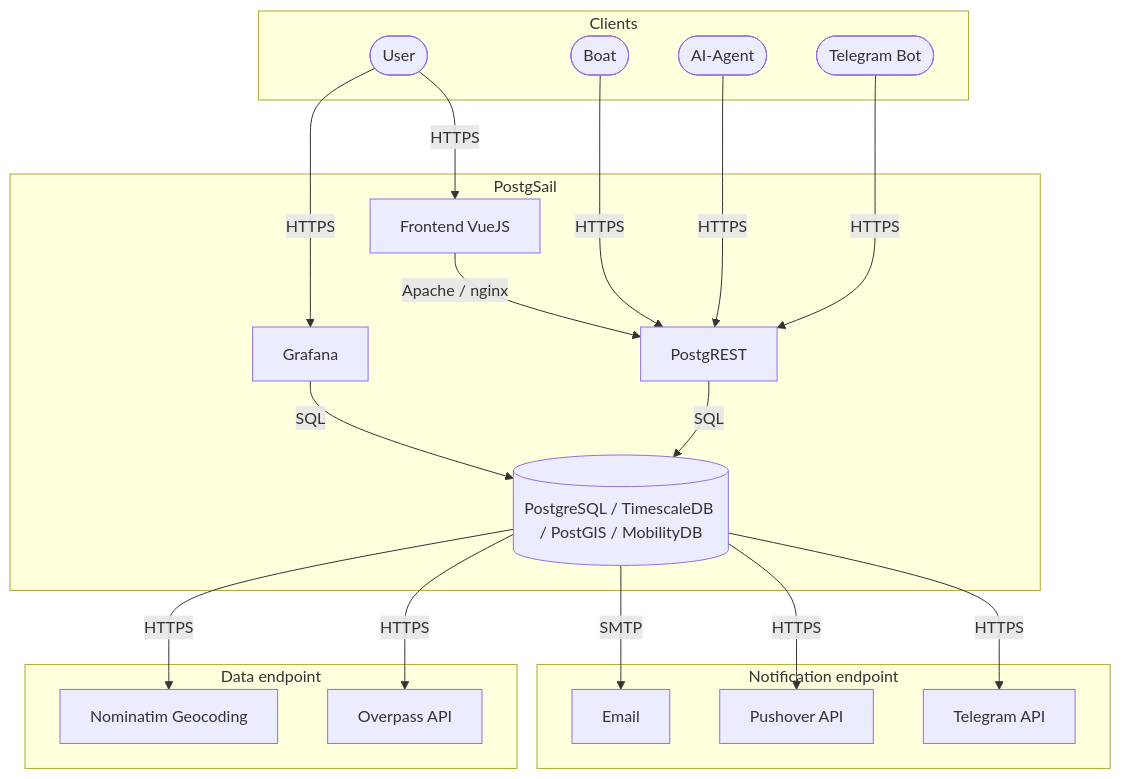
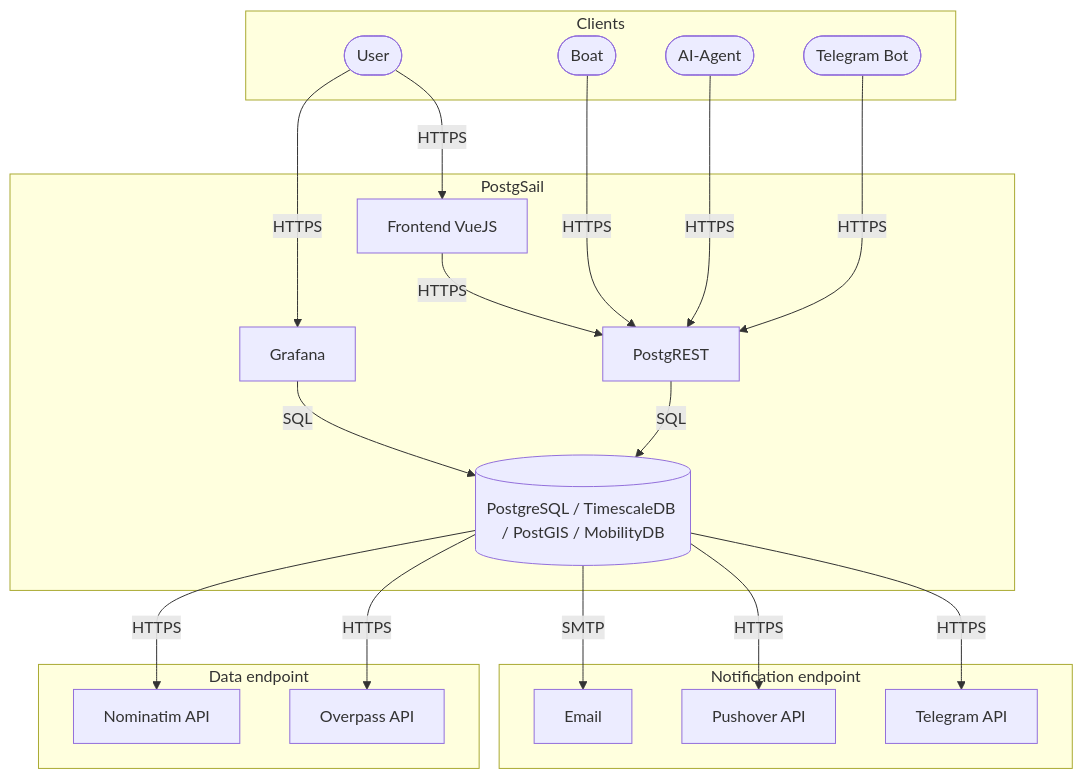
The first of 2 diagrams in docs/src/setup.md (xbgmsharp/postgsail), drawn with Mermaid before and after one commit.

Commit message:
docs Update setup diagram

````diff
--- a/docs/src/setup.md
+++ b/docs/src/setup.md
@@ -7,61 +7,62 @@
 ```mermaid
 flowchart TD
     %% User
     user([User])
 
     %% Frontend and Auth
     user -->|HTTPS| frontend[Frontend VueJS]
     user -->|HTTPS| grafana[Grafana]
 
     %% Web Server Layer
-    frontend -->|Apache / nginx| postgrest[PostgREST]
+    frontend -->|HTTPS| postgrest[PostgREST]
 
     %% Database
     postgrest --> |SQL|postgres[(PostgreSQL / TimescaleDB / PostGIS / MobilityDB)]
     grafana --> |SQL|postgres
 
     %% External System
     postgres -->|HTTPS|telegram[Telegram API]
     postgres -->|HTTPS|pushover[Pushover API]
     postgres -->|SMTP|email[Email]
     postgres -->|HTTPS|overpass[Overpass API]
-    postgres -->|HTTPS|nominatim[Nominatim Geocoding]
+    postgres -->|HTTPS|nominatim[Nominatim API]
 
     %% Boat (External Client)
     vessel([Boat])
     vessel -->|HTTPS| postgrest
 
     %% MCP (External Client)
     mcp([AI-Agent])
     mcp -->|HTTPS| postgrest
 
     %% Telegram Bot (External Client)
     telegram_bot([Telegram Bot])
     telegram_bot -->|HTTPS| postgrest
 
     %% Groupings
+
     subgraph Clients
         user
         vessel
         mcp
         telegram_bot
     end
 
     subgraph PostgSail
         frontend
         grafana
         postgrest
         postgres
     end
 
     subgraph "Notification endpoint"
         telegram
         pushover
         email
     end
 
     subgraph "Data endpoint"
         overpass
         nominatim
     end
 ```
````
